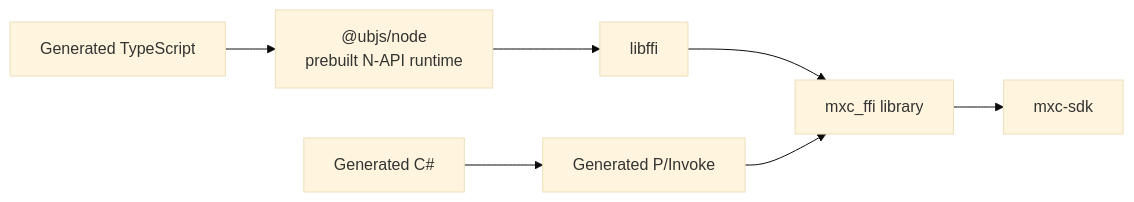
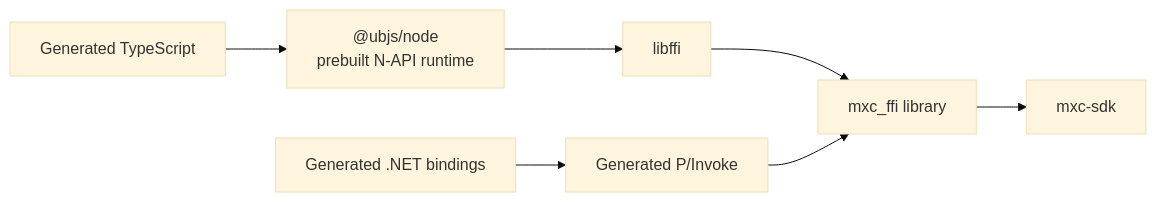
Before and after one commit to microsoft/mxc: the third of 3 diagrams in docs/designs/SDK/uniffi-binding-generation.md, drawn with Mermaid (base theme). The commit also changed other lines of this file and 2 other files, not shown here.

First line of the commit message:
Clarify generated .NET diagram labels

````diff
--- a/docs/designs/SDK/uniffi-binding-generation.md
+++ b/docs/designs/SDK/uniffi-binding-generation.md
@@ -71,9 +71,9 @@
 ```mermaid
 flowchart LR
     TS[Generated TypeScript] --> N["@ubjs/node<br/>prebuilt N-API runtime"]
     N --> F[libffi]
     F --> L[mxc_ffi library]
-    CS[Generated C#] --> P[Generated P/Invoke]
+    CS[Generated .NET bindings] --> P[Generated P/Invoke]
     P --> L
     L --> S[mxc-sdk]
 ```
````
